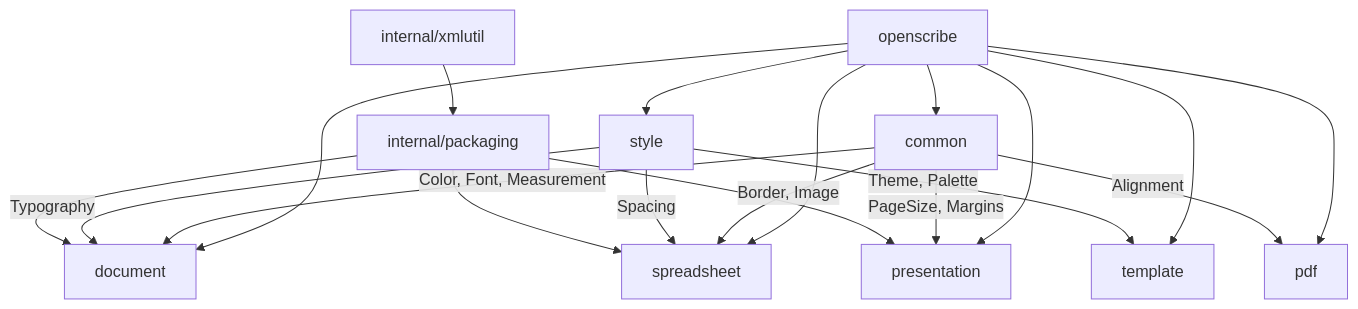
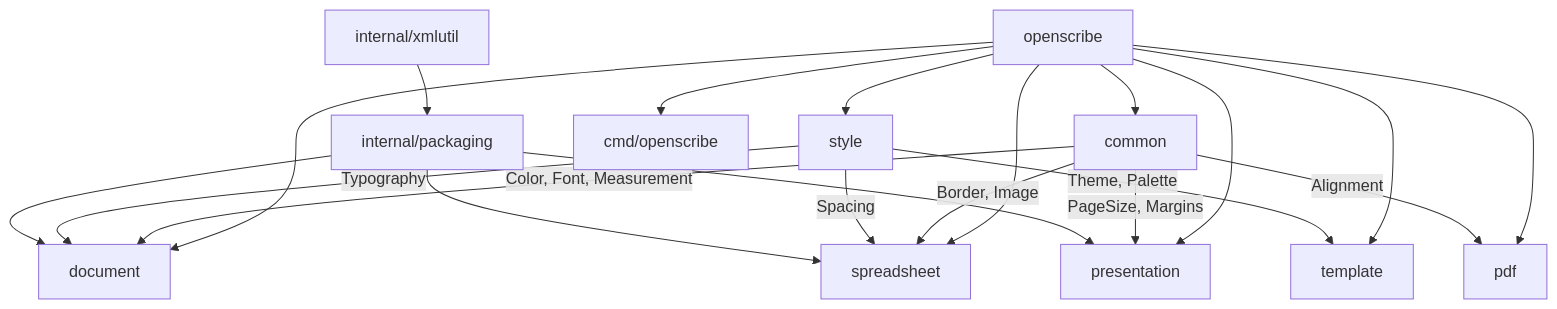
One commit to JohnPitter/openscribe changed the diagram in README.md. Above: the diagram before and after it, drawn with Mermaid. The commit also changed other lines of this file and 2 other files, not shown here.

First line of the commit message:
docs: update README with all features, add ROADMAP, update CHANGELOG for v0.2.0

````diff
--- a/README.md
+++ b/README.md
@@ -49,24 +52,25 @@
 ```mermaid
 graph TD
     A[openscribe] --> B[common]
     A --> C[style]
     A --> D[template]
     A --> E[document]
     A --> F[spreadsheet]
     A --> G[presentation]
     A --> H[pdf]
+    A --> K[cmd/openscribe]
 
-    B --> |"Color, Font, Measurement"| E
-    B --> |"Border, Image"| F
-    B --> |"PageSize, Margins"| G
-    B --> |"Alignment"| H
+    B -->|"Color, Font, Measurement"| E
+    B -->|"Border, Image"| F
+    B -->|"PageSize, Margins"| G
+    B -->|"Alignment"| H
 
-    C --> |"Theme, Palette"| D
-    C --> |"Typography"| E
-    C --> |"Spacing"| F
+    C -->|"Theme, Palette"| D
+    C -->|"Typography"| E
+    C -->|"Spacing"| F
 
     I[internal/packaging] --> E
     I --> F
     I --> G
     J[internal/xmlutil] --> I
 ```
````
